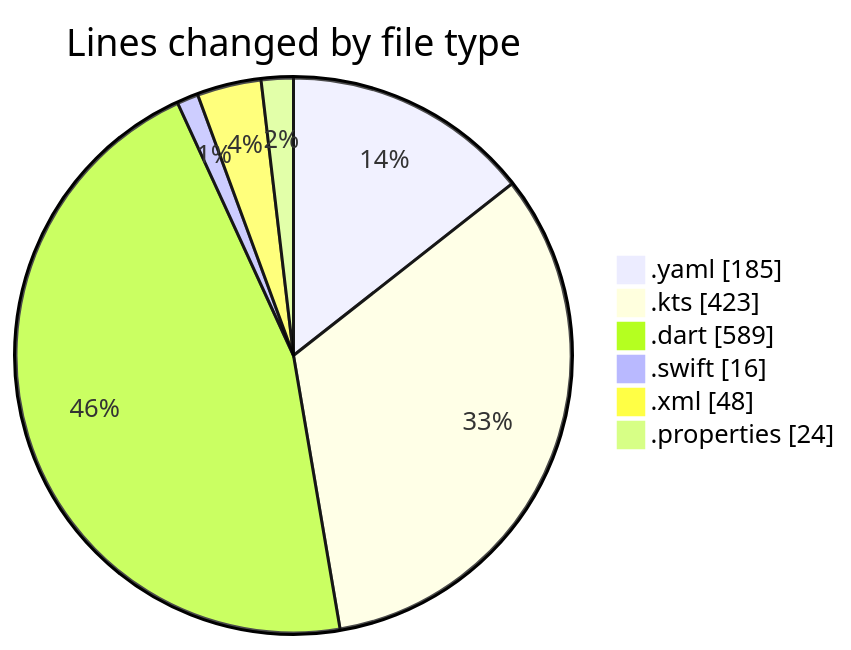
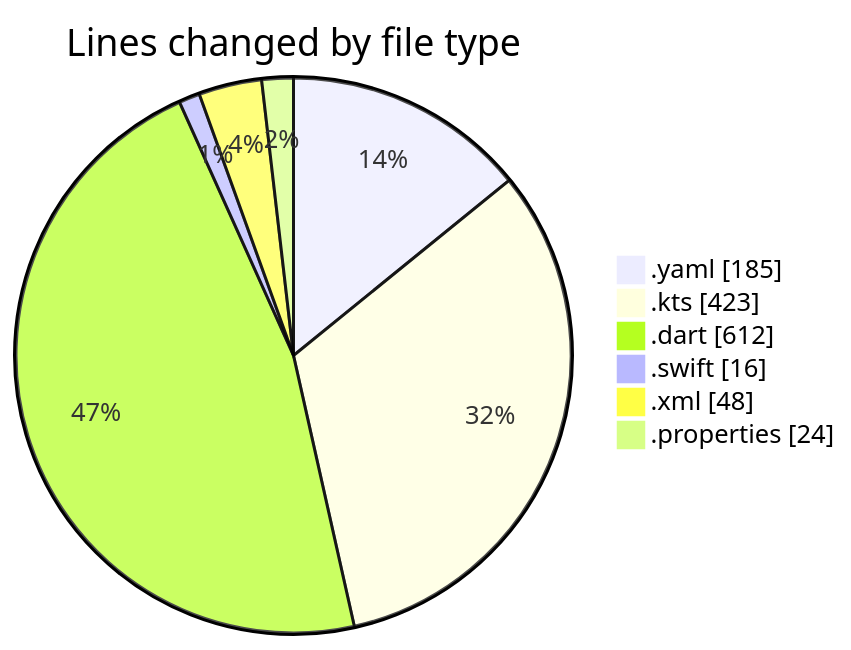
One commit to donsfak/code-tracking changed the first of 2 diagrams in 2025-02-16/uber_clone/README.md. Above: the diagram before and after it, drawn with Mermaid. The commit also changed other lines of this file and 1 other file, not shown here.

````diff
--- a/2025-02-16/uber_clone/README.md
+++ b/2025-02-16/uber_clone/README.md
@@ -31,10 +31,10 @@
 ```mermaid
 pie showData
 title Lines changed by file type
 ".yaml" : 185
 ".kts" : 423
-".dart" : 589
+".dart" : 612
 ".swift" : 16
 ".xml" : 48
 ".properties" : 24
 ```
````
